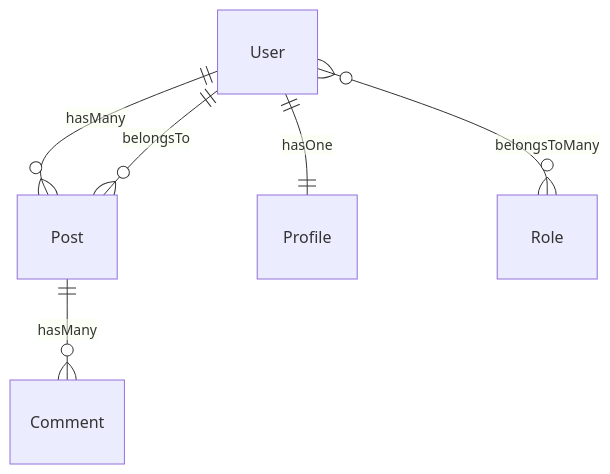
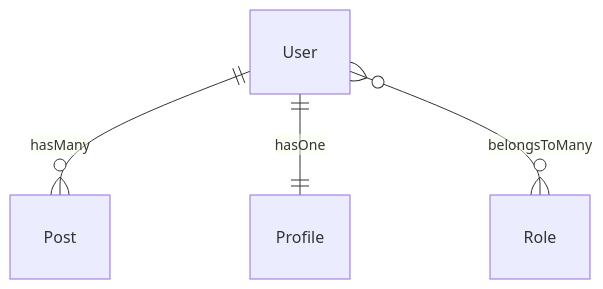
Before and after one commit to JulioOxalis/Capyrel: the diagram in COMMANDS.md, drawn with Mermaid. The commit also changed other lines of this file, not shown here.

````diff
--- a/COMMANDS.md
+++ b/COMMANDS.md
@@ -218,8 +266,6 @@
 ```mermaid
 erDiagram
     User ||--o{ Post : "hasMany"
     User ||--|| Profile : "hasOne"
     User }o--o{ Role : "belongsToMany"
-    Post ||--o{ Comment : "hasMany"
-    Post }o--|| User : "belongsTo"
 ```
````
